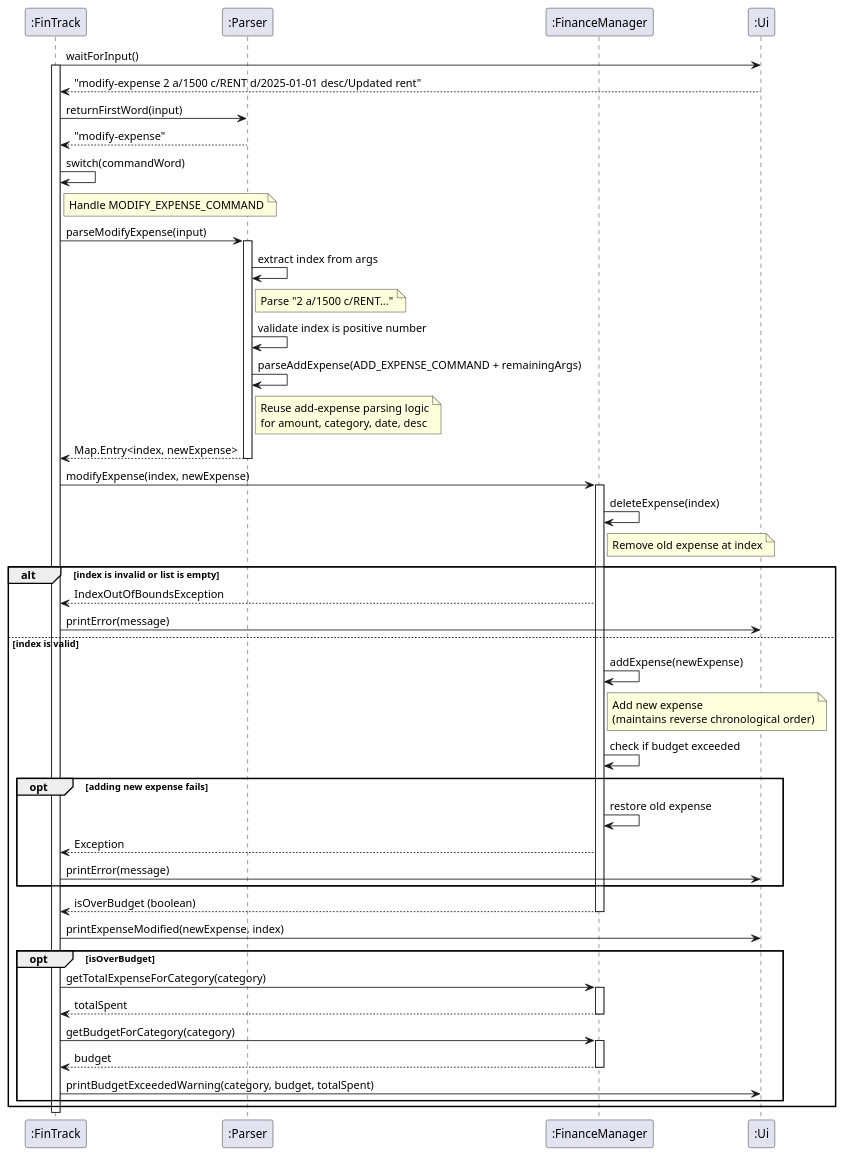
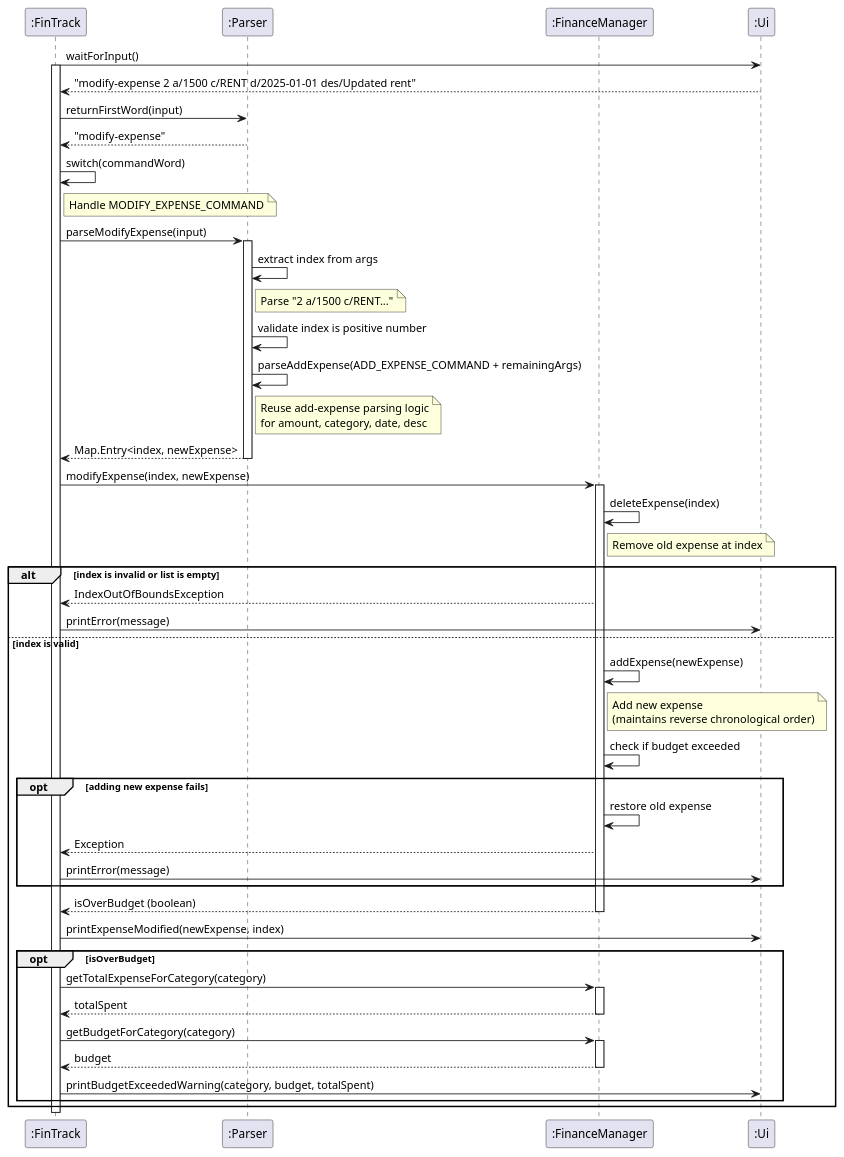
Before and after one commit to AY2526S1-CS2113-W12-4/tp: the diagram in docs/diagrams/modify_expense.puml, drawn with PlantUML. The commit also changed 11 other files, not shown here.

Commit message:
Change desc/ to des/, allow parsing of tab after first word

```diff
--- a/docs/diagrams/modify_expense.puml
+++ b/docs/diagrams/modify_expense.puml
@@ -1,74 +1,74 @@
 @startuml
 participant ":FinTrack" as FT
 participant ":Parser" as P
 participant ":FinanceManager" as FM
 participant ":Ui" as UI
 
 FT -> UI: waitForInput()
 activate FT
-UI --> FT: "modify-expense 2 a/1500 c/RENT d/2025-01-01 desc/Updated rent"
+UI --> FT: "modify-expense 2 a/1500 c/RENT d/2025-01-01 des/Updated rent"
 
 FT -> P: returnFirstWord(input)
 P --> FT: "modify-expense"
 
 FT -> FT: switch(commandWord)
 
 note right of FT: Handle MODIFY_EXPENSE_COMMAND
 
 FT -> P: parseModifyExpense(input)
 activate P
 
 P -> P: extract index from args
 note right of P: Parse "2 a/1500 c/RENT..."
 
 P -> P: validate index is positive number
 
 P -> P: parseAddExpense(ADD_EXPENSE_COMMAND + remainingArgs)
 note right of P: Reuse add-expense parsing logic\nfor amount, category, date, desc
 
 P --> FT: Map.Entry<index, newExpense>
 deactivate P
 
 FT -> FM: modifyExpense(index, newExpense)
 activate FM
 
 FM -> FM: deleteExpense(index)
 note right of FM: Remove old expense at index
 
 alt index is invalid or list is empty
     FM --> FT: IndexOutOfBoundsException
     FT -> UI: printError(message)
 else index is valid
     FM -> FM: addExpense(newExpense)
     note right of FM: Add new expense\n(maintains reverse chronological order)
     
     FM -> FM: check if budget exceeded
     
     opt adding new expense fails
         FM -> FM: restore old expense
         FM --> FT: Exception
         FT -> UI: printError(message)
     end
     
     FM --> FT: isOverBudget (boolean)
     deactivate FM
     
     FT -> UI: printExpenseModified(newExpense, index)
     
     opt isOverBudget
         FT -> FM: getTotalExpenseForCategory(category)
         activate FM
         FM --> FT: totalSpent
         deactivate FM
         
         FT -> FM: getBudgetForCategory(category)
         activate FM
         FM --> FT: budget
         deactivate FM
         
         FT -> UI: printBudgetExceededWarning(category, budget, totalSpent)
     end
 end
 
 deactivate FT
 @enduml
```
